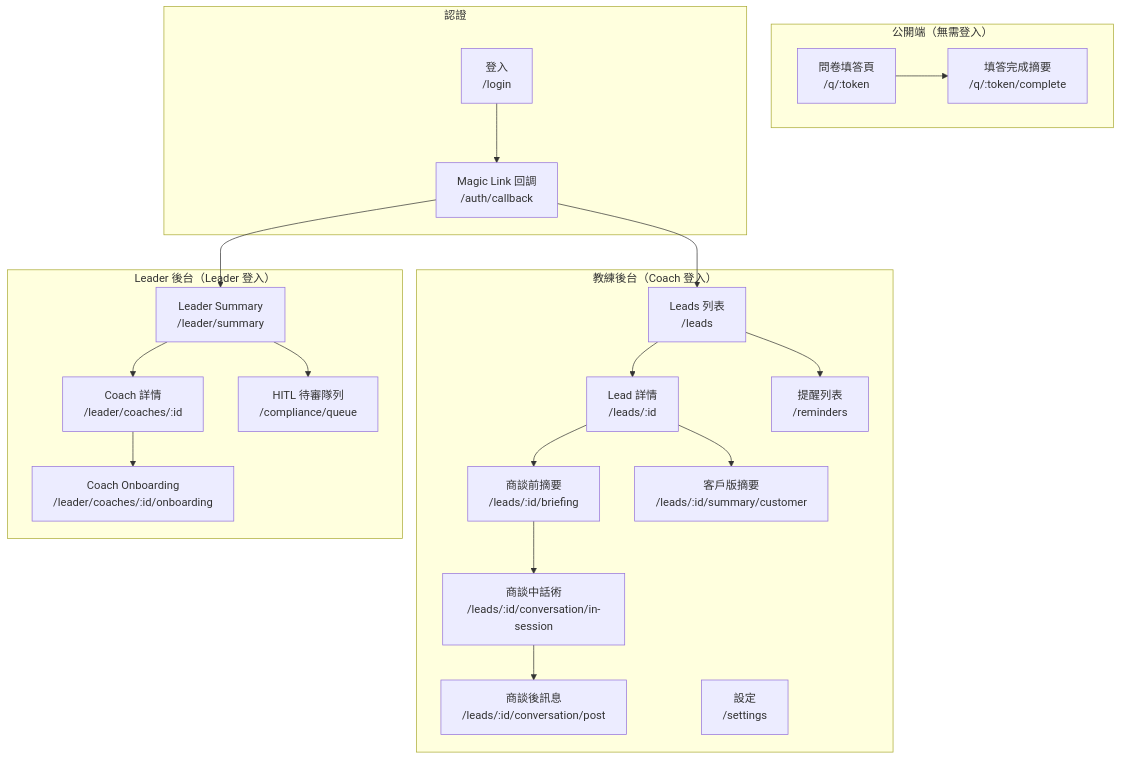
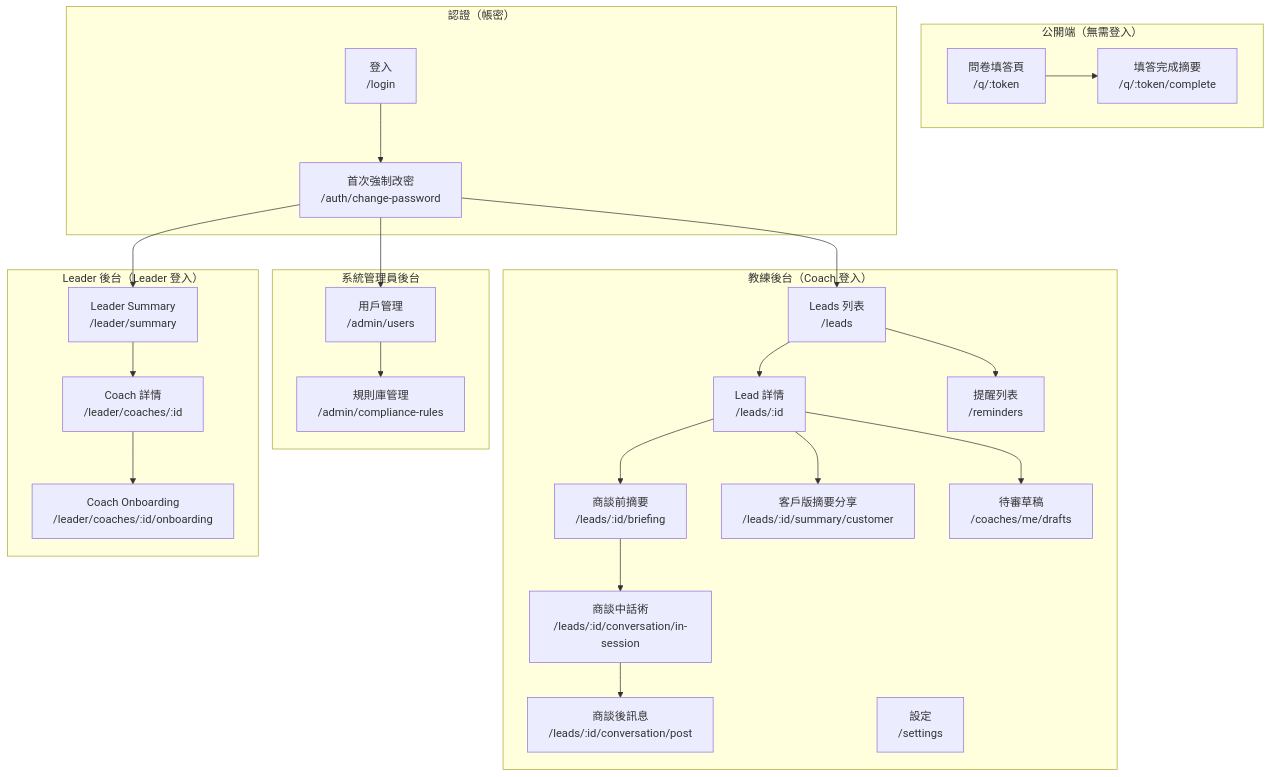
The first of 6 diagrams in docs/09_frontend_ia.md (Zenobia000/synergy-ai-platform), drawn with Mermaid before and after one commit. The commit also changed other lines of this file and 15 other files, not shown here.

````diff
--- a/docs/09_frontend_ia.md
+++ b/docs/09_frontend_ia.md
@@ -37,43 +37,51 @@
 ```mermaid
 graph TB
     subgraph Public [公開端（無需登入）]
         Q0[問卷填答頁<br/>/q/:token]
         Q1[填答完成摘要<br/>/q/:token/complete]
     end
 
-    subgraph Auth [認證]
+    subgraph Auth [認證（帳密）]
         L[登入<br/>/login]
-        AC[Magic Link 回調<br/>/auth/callback]
+        CP[首次強制改密<br/>/auth/change-password]
     end
 
     subgraph Coach [教練後台（Coach 登入）]
         D[Leads 列表<br/>/leads]
         Ld[Lead 詳情<br/>/leads/:id]
         Br[商談前摘要<br/>/leads/:id/briefing]
         Conv[商談中話術<br/>/leads/:id/conversation/in-session]
         Post[商談後訊息<br/>/leads/:id/conversation/post]
-        CustSum[客戶版摘要<br/>/leads/:id/summary/customer]
+        CustSum[客戶版摘要分享<br/>/leads/:id/summary/customer]
+        Drafts[待審草稿<br/>/coaches/me/drafts]
         R[提醒列表<br/>/reminders]
         S[設定<br/>/settings]
+    end
+
+    subgraph Admin [系統管理員後台]
+        AU[用戶管理<br/>/admin/users]
+        CR[規則庫管理<br/>/admin/compliance-rules]
     end
 
     subgraph Leader [Leader 後台（Leader 登入）]
         LS[Leader Summary<br/>/leader/summary]
         LC[Coach 詳情<br/>/leader/coaches/:id]
         LO[Coach Onboarding<br/>/leader/coaches/:id/onboarding]
-        HQ[HITL 待審隊列<br/>/compliance/queue]
     end
 
     Q0 --> Q1
-    L --> AC
-    AC --> D
-    AC --> LS
-    D --> Ld --> Br
-    D --> R
+    L --> CP
+    CP --> D
+    CP --> LS
+    CP --> AU
+    D --> Ld
+    Ld --> Drafts
+    Ld --> Br
     Br --> Conv
     Conv --> Post
     Ld --> CustSum
+    D --> R
     LS --> LC
     LC --> LO
-    LS --> HQ
+    AU --> CR
 ```
````
